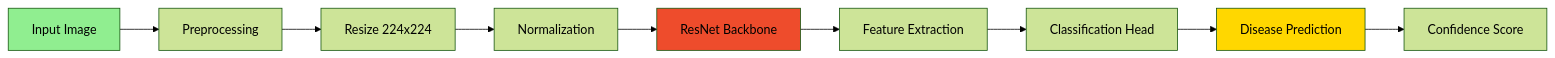
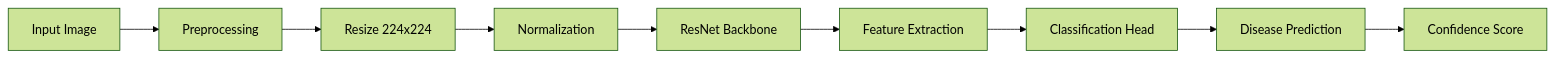
The third of 4 diagrams in README.md (chandu1234678/AgroSight), drawn with Mermaid (forest theme) before and after one commit. The commit also changed other lines of this file, not shown here.

Commit message:
Remove badges and diagram colors for cleaner professional look

````diff
--- a/README.md
+++ b/README.md
@@ -276,15 +269,11 @@
 ```mermaid
 graph LR
     A[Input Image] --> B[Preprocessing]
     B --> C[Resize 224x224]
     C --> D[Normalization]
     D --> E[ResNet Backbone]
     E --> F[Feature Extraction]
     F --> G[Classification Head]
     G --> H[Disease Prediction]
     H --> I[Confidence Score]
-    
-    style A fill:#90EE90
-    style E fill:#ee4c2c
-    style H fill:#FFD700
 ```
````
